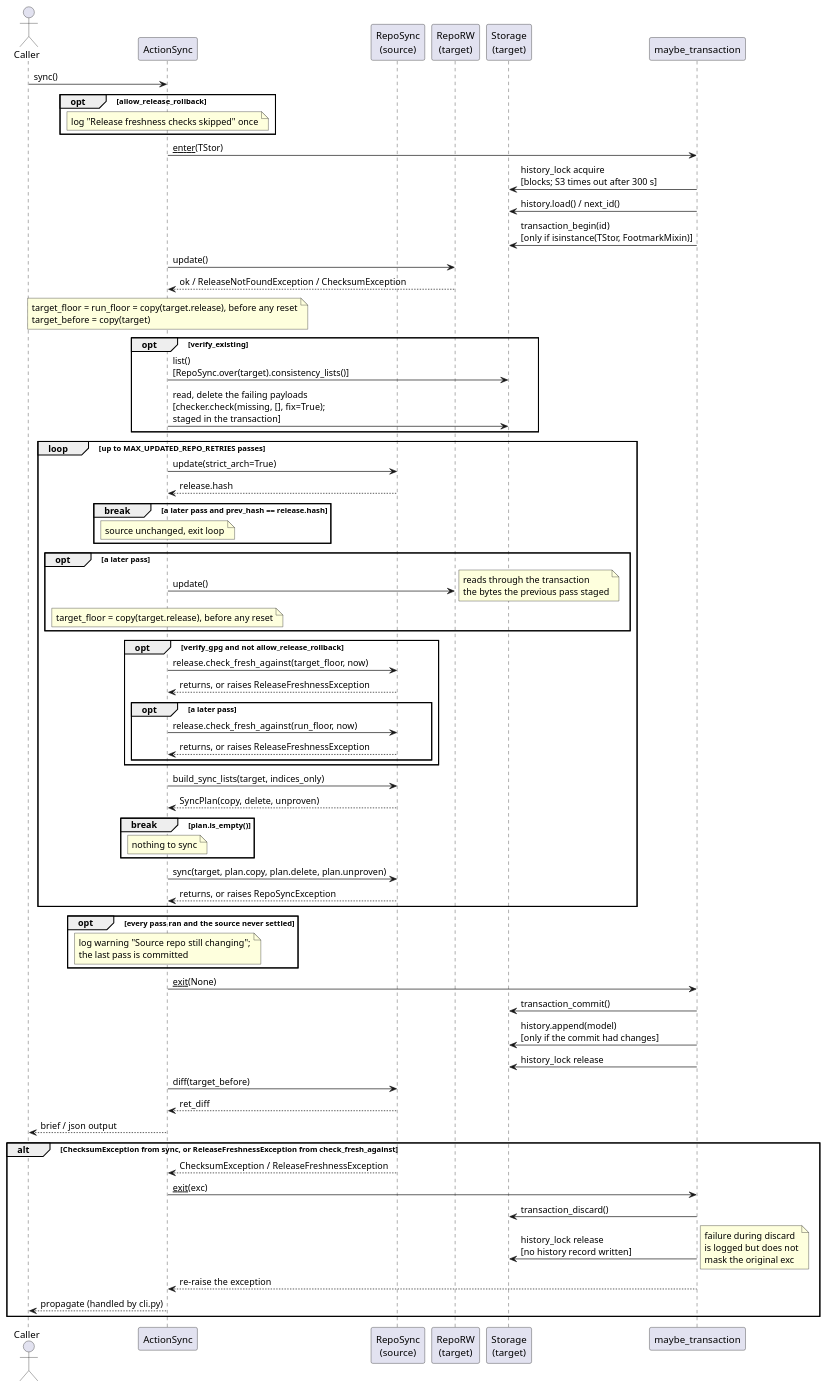
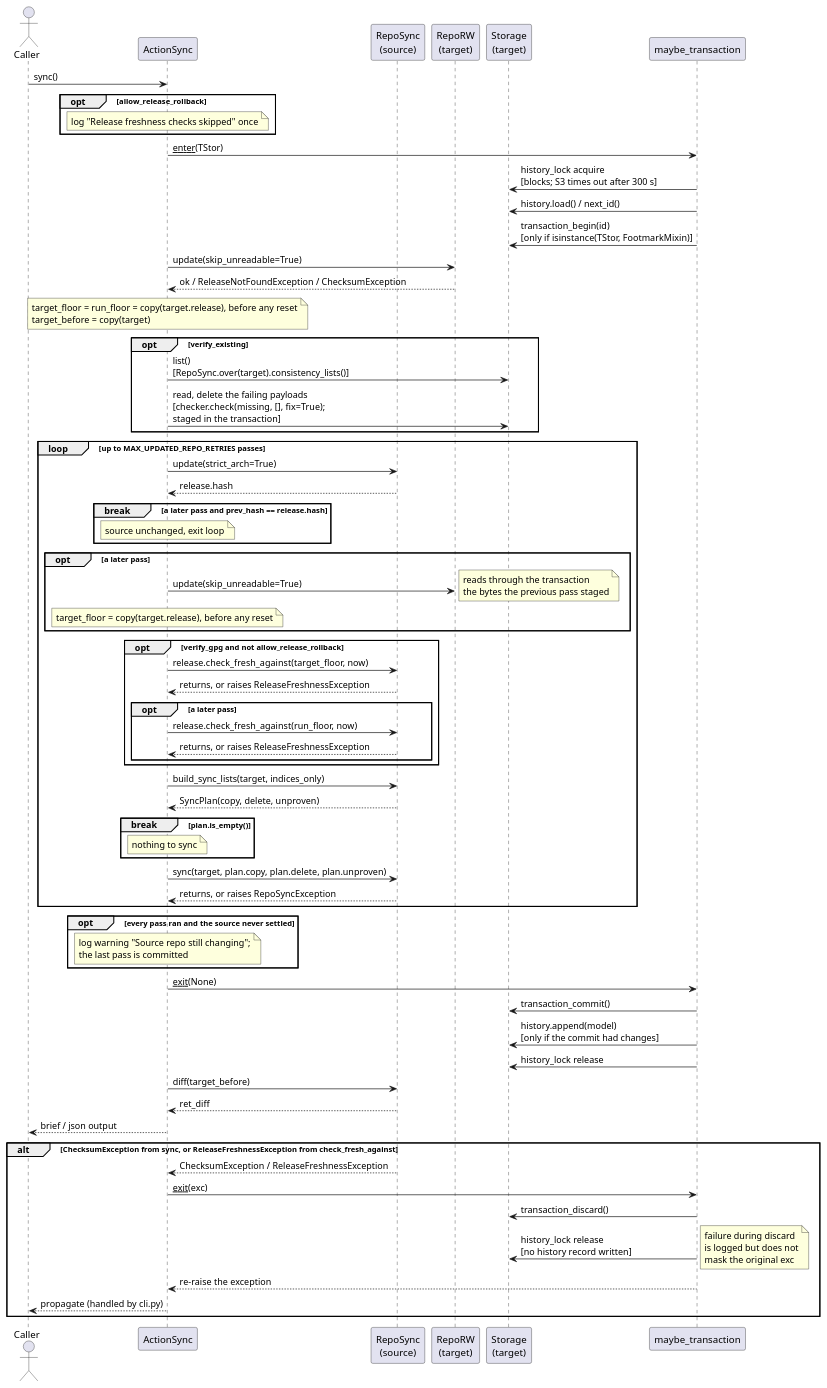
One commit to vinklat/debkit changed the diagram in docs/development/diagrams/action-sync-sequence.puml. Above: the diagram before and after it, drawn with PlantUML. The commit also changed 3 other files, not shown here.

First line of the commit message:
Show the sync target load skipping unreadable indices

```diff
--- a/docs/development/diagrams/action-sync-sequence.puml
+++ b/docs/development/diagrams/action-sync-sequence.puml
@@ -1,83 +1,83 @@
 @startuml
 actor Caller
 participant ActionSync
 participant "RepoSync\n(source)" as Src
 participant "RepoRW\n(target)" as Tgt
 participant "Storage\n(target)" as TStor
 participant "maybe_transaction" as CM
 
 Caller -> ActionSync: sync()
 
 opt allow_release_rollback
   note over ActionSync: log "Release freshness checks skipped" once
 end
 
 ActionSync -> CM: __enter__(TStor)
 CM -> TStor: history_lock acquire\n[blocks; S3 times out after 300 s]
 CM -> TStor: history.load() / next_id()
 CM -> TStor: transaction_begin(id)\n[only if isinstance(TStor, FootmarkMixin)]
 
-ActionSync -> Tgt: update()
+ActionSync -> Tgt: update(skip_unreadable=True)
 Tgt --> ActionSync: ok / ReleaseNotFoundException / ChecksumException
 note over ActionSync: target_floor = run_floor = copy(target.release), before any reset\ntarget_before = copy(target)
 
 opt verify_existing
   ActionSync -> TStor: list()\n[RepoSync.over(target).consistency_lists()]
   ActionSync -> TStor: read, delete the failing payloads\n[checker.check(missing, [], fix=True);\nstaged in the transaction]
 end
 
 loop up to MAX_UPDATED_REPO_RETRIES passes
   ActionSync -> Src: update(strict_arch=True)
   Src --> ActionSync: release.hash
   break a later pass and prev_hash == release.hash
     note over ActionSync: source unchanged, exit loop
   end
 
   opt a later pass
-    ActionSync -> Tgt: update()
+    ActionSync -> Tgt: update(skip_unreadable=True)
     note right: reads through the transaction\nthe bytes the previous pass staged
     note over ActionSync: target_floor = copy(target.release), before any reset
   end
 
   opt verify_gpg and not allow_release_rollback
     ActionSync -> Src: release.check_fresh_against(target_floor, now)
     Src --> ActionSync: returns, or raises ReleaseFreshnessException
     opt a later pass
       ActionSync -> Src: release.check_fresh_against(run_floor, now)
       Src --> ActionSync: returns, or raises ReleaseFreshnessException
     end
   end
 
   ActionSync -> Src: build_sync_lists(target, indices_only)
   Src --> ActionSync: SyncPlan(copy, delete, unproven)
   break plan.is_empty()
     note over ActionSync: nothing to sync
   end
 
   ActionSync -> Src: sync(target, plan.copy, plan.delete, plan.unproven)
   Src --> ActionSync: returns, or raises RepoSyncException
 end
 
 opt every pass ran and the source never settled
   note over ActionSync: log warning "Source repo still changing";\nthe last pass is committed
 end
 
 ActionSync -> CM: __exit__(None)
 CM -> TStor: transaction_commit()
 CM -> TStor: history.append(model)\n[only if the commit had changes]
 CM -> TStor: history_lock release
 
 ActionSync -> Src: diff(target_before)
 Src --> ActionSync: ret_diff
 ActionSync --> Caller: brief / json output
 
 alt ChecksumException from sync, or ReleaseFreshnessException from check_fresh_against
   Src --> ActionSync: ChecksumException / ReleaseFreshnessException
   ActionSync -> CM: __exit__(exc)
   CM -> TStor: transaction_discard()
   CM -> TStor: history_lock release\n[no history record written]
   note right: failure during discard\nis logged but does not\nmask the original exc
   CM --> ActionSync: re-raise the exception
   ActionSync --> Caller: propagate (handled by cli.py)
 end
 @enduml
```
